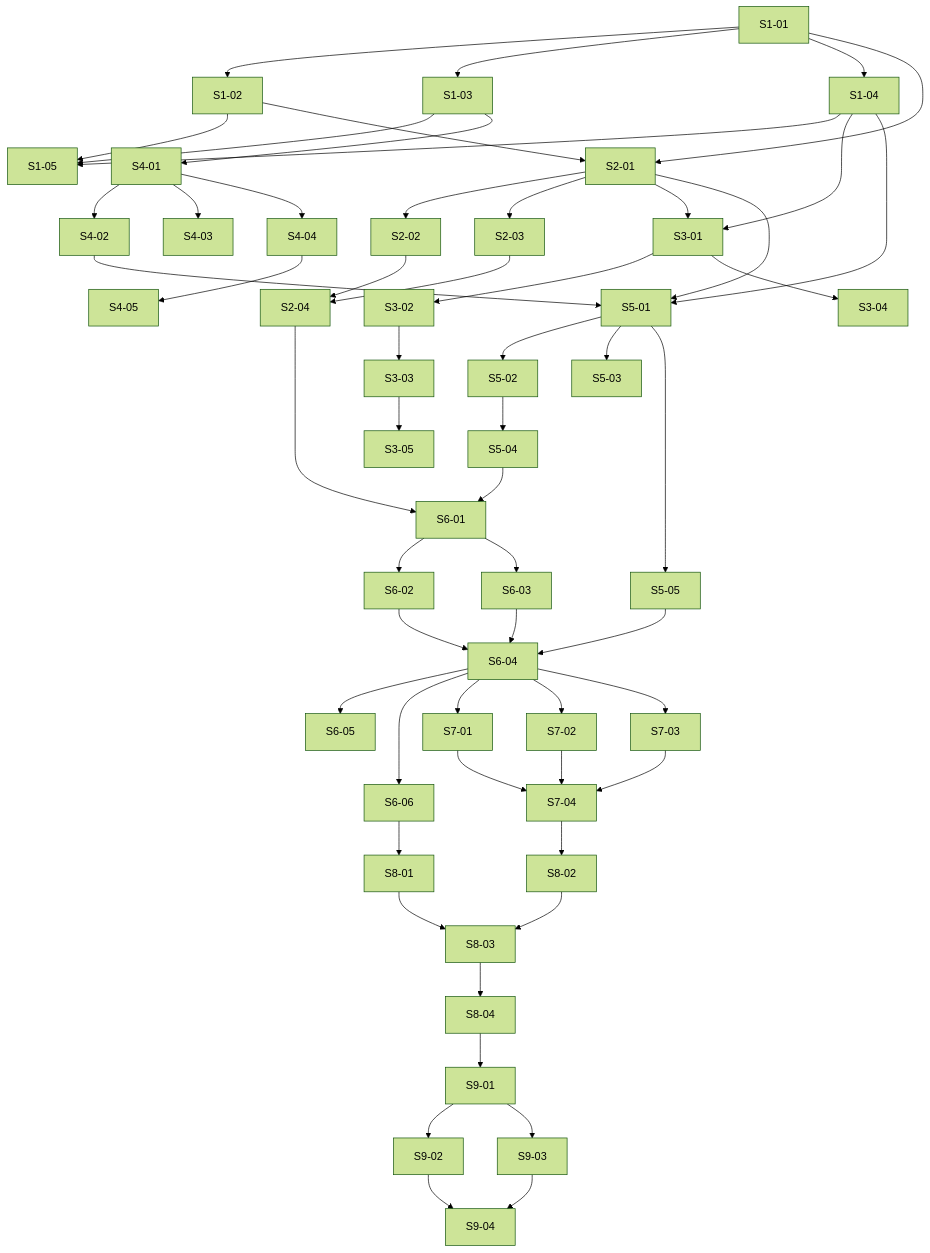
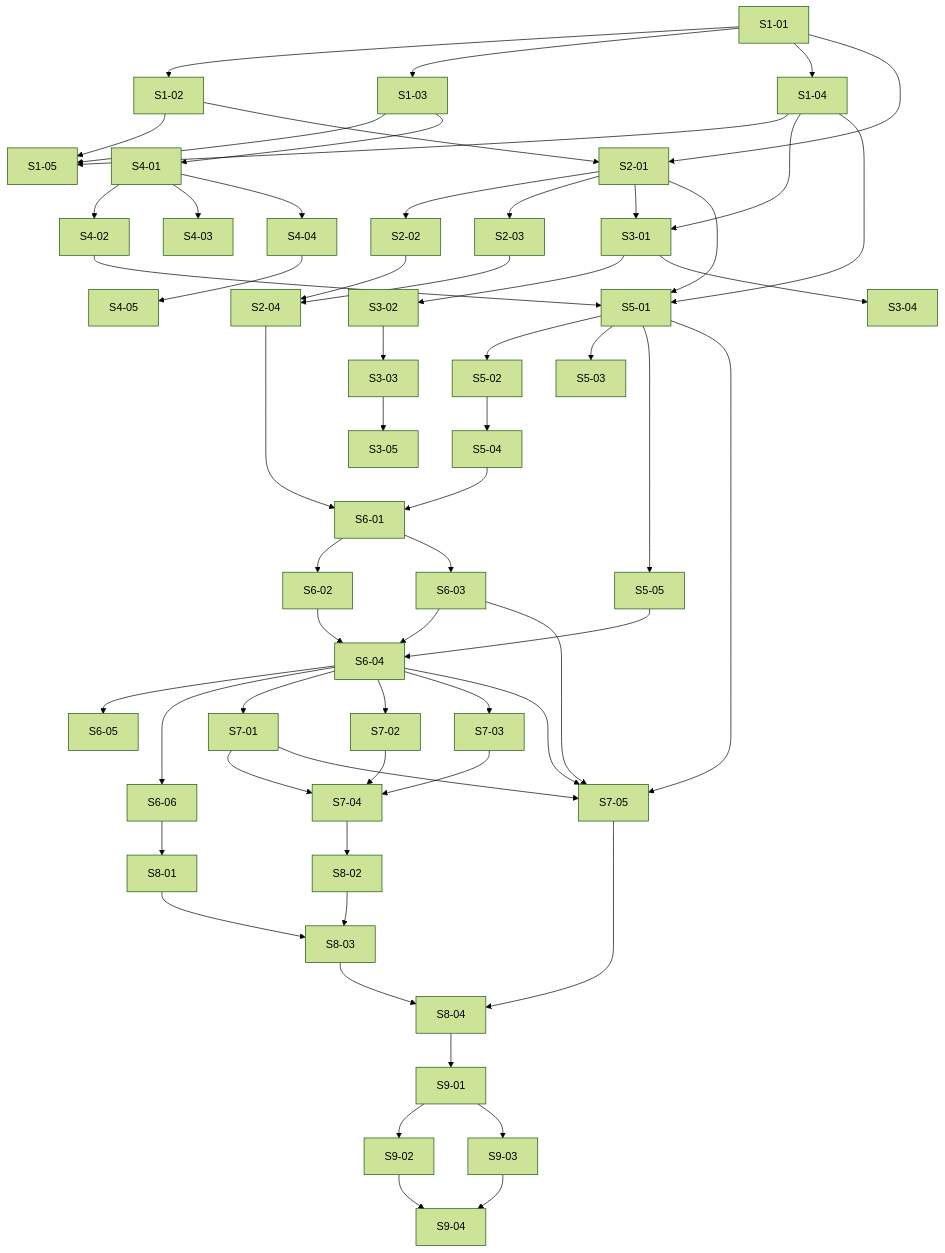
Before and after one commit to Dannytrev21/codewizard-sherpa: the diagram in docs/phases/03-vuln-deterministic-recipe/stories/README.md, drawn with Mermaid (forest theme). The commit also changed other lines of this file and 2 other files, not shown here.

````diff
--- a/docs/phases/03-vuln-deterministic-recipe/stories/README.md
+++ b/docs/phases/03-vuln-deterministic-recipe/stories/README.md
@@ -37,58 +37,63 @@
 ```mermaid
 graph TD
   S1-01 --> S1-02
   S1-01 --> S1-03
   S1-01 --> S1-04
   S1-02 --> S1-05
   S1-03 --> S1-05
   S1-04 --> S1-05
   S1-01 --> S2-01
   S1-02 --> S2-01
   S2-01 --> S2-02
   S2-01 --> S2-03
   S2-02 --> S2-04
   S2-03 --> S2-04
   S1-04 --> S3-01
   S2-01 --> S3-01
   S3-01 --> S3-02
   S3-02 --> S3-03
   S3-01 --> S3-04
   S3-03 --> S3-05
   S1-03 --> S4-01
   S4-01 --> S4-02
   S4-01 --> S4-03
   S4-01 --> S4-04
   S4-04 --> S4-05
   S1-04 --> S5-01
   S2-01 --> S5-01
   S4-02 --> S5-01
   S5-01 --> S5-02
   S5-01 --> S5-03
   S5-02 --> S5-04
   S5-01 --> S5-05
   S2-04 --> S6-01
   S5-04 --> S6-01
   S6-01 --> S6-02
   S6-01 --> S6-03
   S6-02 --> S6-04
   S6-03 --> S6-04
   S5-05 --> S6-04
   S6-04 --> S6-05
   S6-04 --> S6-06
   S6-04 --> S7-01
   S6-04 --> S7-02
   S6-04 --> S7-03
   S7-01 --> S7-04
   S7-02 --> S7-04
   S7-03 --> S7-04
+  S7-01 --> S7-05
+  S5-01 --> S7-05
+  S6-03 --> S7-05
+  S6-04 --> S7-05
+  S7-05 --> S8-04
   S6-06 --> S8-01
   S7-04 --> S8-02
   S8-01 --> S8-03
   S8-02 --> S8-03
   S8-03 --> S8-04
   S8-04 --> S9-01
   S9-01 --> S9-02
   S9-01 --> S9-03
   S9-02 --> S9-04
   S9-03 --> S9-04
 ```
````
